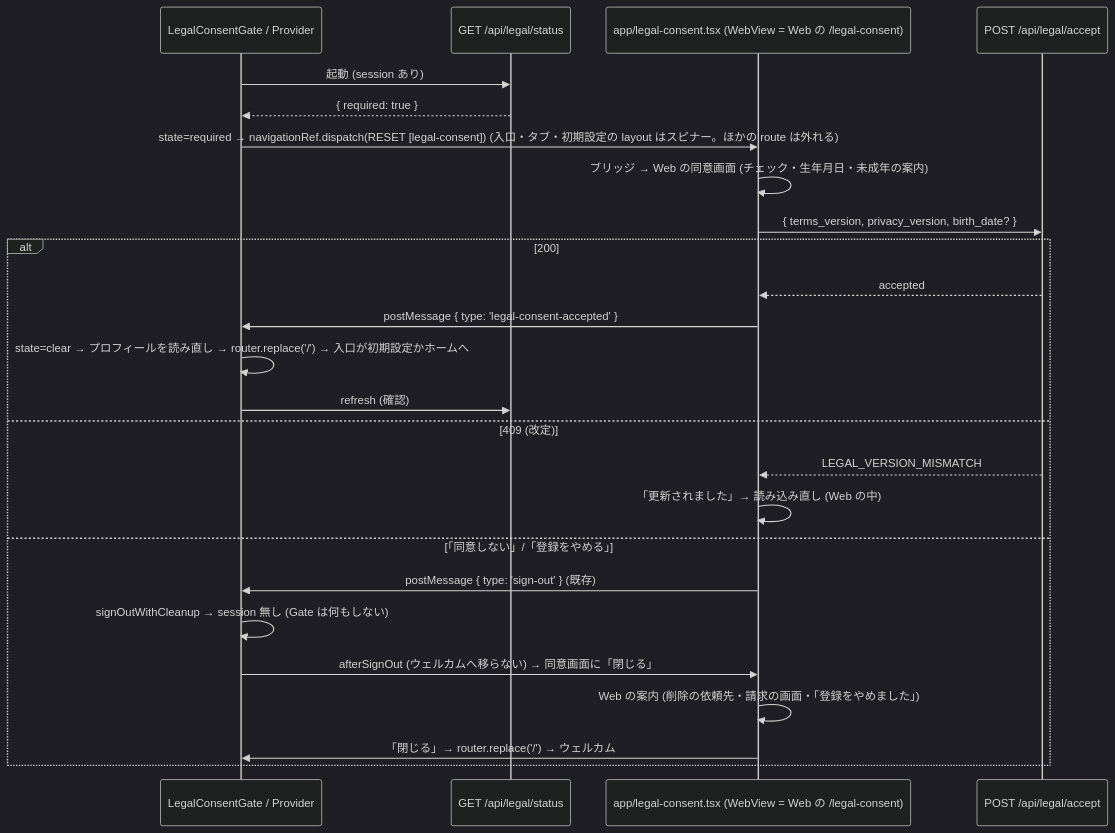
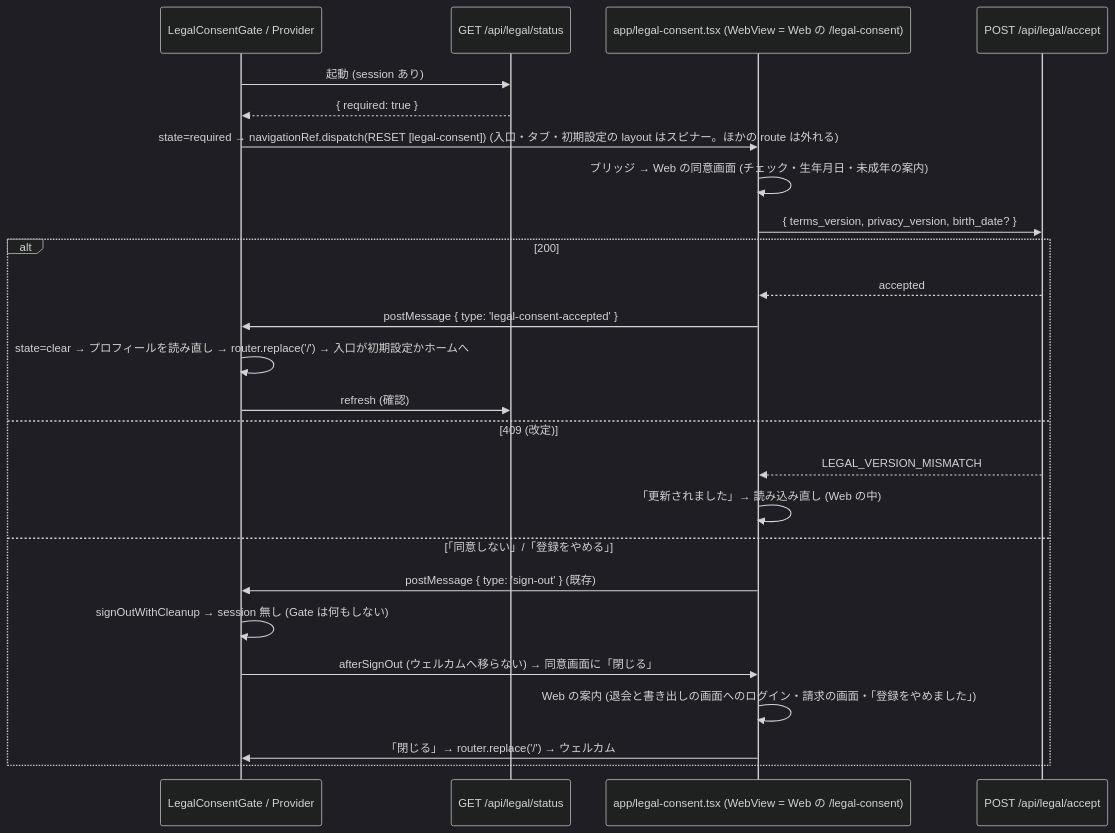
The diagram in docs/design/cross/13b-legal-consent-mobile.md (DaisukeHori/homegohan-app), drawn with Mermaid (dark theme) before and after one commit. The commit also changed other lines of this file and 10 other files, not shown here.

````diff
--- a/docs/design/cross/13b-legal-consent-mobile.md
+++ b/docs/design/cross/13b-legal-consent-mobile.md
@@ -1451,27 +1451,27 @@
 ```mermaid
 sequenceDiagram
     participant G as LegalConsentGate / Provider
     participant S as GET /api/legal/status
     participant W as app/legal-consent.tsx (WebView = Web の /legal-consent)
     participant P as POST /api/legal/accept
     G->>S: 起動 (session あり)
     S-->>G: { required: true }
     G->>W: state=required → navigationRef.dispatch(RESET [legal-consent]) (入口・タブ・初期設定の layout はスピナー。ほかの route は外れる)
     W->>W: ブリッジ → Web の同意画面 (チェック・生年月日・未成年の案内)
     W->>P: { terms_version, privacy_version, birth_date? }
     alt 200
         P-->>W: accepted
         W->>G: postMessage { type: 'legal-consent-accepted' }
         G->>G: state=clear → プロフィールを読み直し → router.replace('/') → 入口が初期設定かホームへ
         G->>S: refresh (確認)
     else 409 (改定)
         P-->>W: LEGAL_VERSION_MISMATCH
         W->>W: 「更新されました」→ 読み込み直し (Web の中)
     else 「同意しない」/「登録をやめる」
         W->>G: postMessage { type: 'sign-out' } (既存)
         G->>G: signOutWithCleanup → session 無し (Gate は何もしない)
         G->>W: afterSignOut (ウェルカムへ移らない) → 同意画面に「閉じる」
-        W->>W: Web の案内 (削除の依頼先・請求の画面・「登録をやめました」)
+        W->>W: Web の案内 (退会と書き出しの画面へのログイン・請求の画面・「登録をやめました」)
         W->>G: 「閉じる」→ router.replace('/') → ウェルカム
     end
 ```
````
